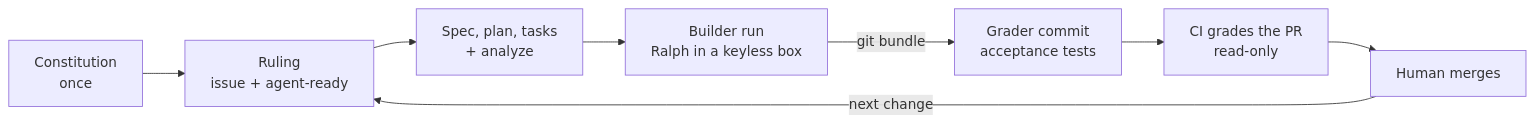
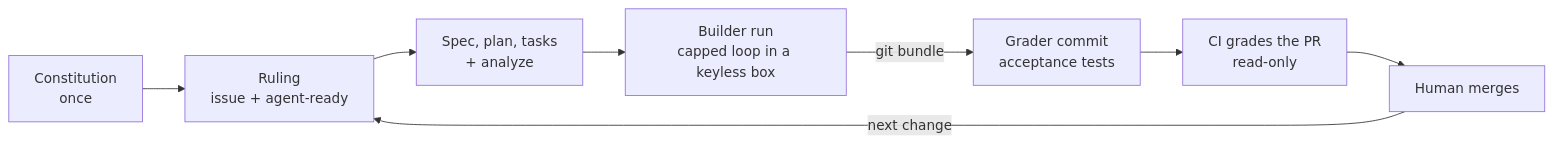
The diagram in PLAYBOOK.md (tosin2013/invoice-exception-desk), drawn with Mermaid before and after one commit. The commit also changed other lines of this file and 1 other file, not shown here.

First line of the commit message:
docs(playbook): make the pattern harness-neutral; keep OpenCode + Ralph as the worked example

````diff
--- a/PLAYBOOK.md
+++ b/PLAYBOOK.md
@@ -38,10 +48,10 @@
 ```mermaid
 flowchart LR
   C[Constitution<br/>once] --> R[Ruling<br/>issue + agent-ready]
   R --> S[Spec, plan, tasks<br/>+ analyze]
-  S --> B[Builder run<br/>Ralph in a keyless box]
+  S --> B[Builder run<br/>capped loop in a keyless box]
   B -->|git bundle| G[Grader commit<br/>acceptance tests]
   G --> CI[CI grades the PR<br/>read-only]
   CI --> H[Human merges]
   H -->|next change| R
 ```
````
